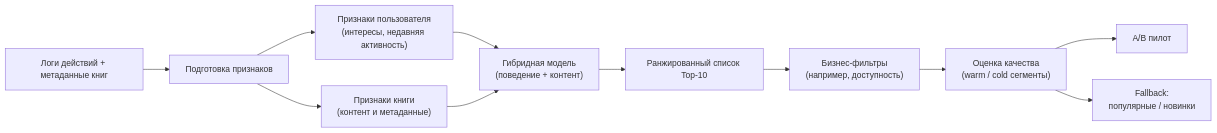
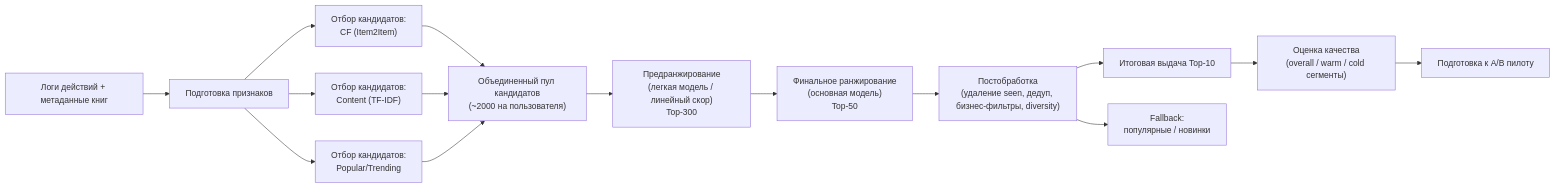
Before and after one commit to FlexonaFFt/BookRecs: the diagram in docs/ML_System_Design.md, drawn with Mermaid. The commit also changed other lines of this file, not shown here.

````diff
--- a/docs/ML_System_Design.md
+++ b/docs/ML_System_Design.md
@@ -206,19 +190,24 @@
 ```mermaid
 flowchart LR
 A["Логи действий + метаданные книг"] --> B["Подготовка признаков"]
 
-B --> C1["Признаки пользователя<br/>(интересы, недавняя активность)"]
-B --> C2["Признаки книги<br/>(контент и метаданные)"]
+B --> C1["Отбор кандидатов:<br/>CF (Item2Item)"]
+B --> C2["Отбор кандидатов:<br/>Content (TF-IDF)"]
+B --> C3["Отбор кандидатов:<br/>Popular/Trending"]
 
-C1 --> D["Гибридная модель<br/>(поведение + контент)"]
+C1 --> D["Объединенный пул кандидатов<br/>(~2000 на пользователя)"]
 C2 --> D
+C3 --> D
 
-D --> E["Ранжированный список Top-10"]
+D --> E["Предранжирование<br/>(легкая модель / линейный скор)<br/>Top-300"]
 
-E --> F["Бизнес-фильтры<br/>(например, доступность)"]
+E --> F["Финальное ранжирование<br/>(основная модель)<br/>Top-50"]
 
-F --> G["Оценка качества<br/>(warm / cold сегменты)"]
+F --> G["Постобработка<br/>(удаление seen, дедуп, бизнес-фильтры, diversity)"]
 
-G --> H["A/B пилот"]
+G --> H["Итоговая выдача Top-10"]
 G --> I["Fallback:<br/>популярные / новинки"]
+
+H --> J["Оценка качества<br/>(overall / warm / cold сегменты)"]
+J --> K["Подготовка к A/B пилоту"]
 ```
````
